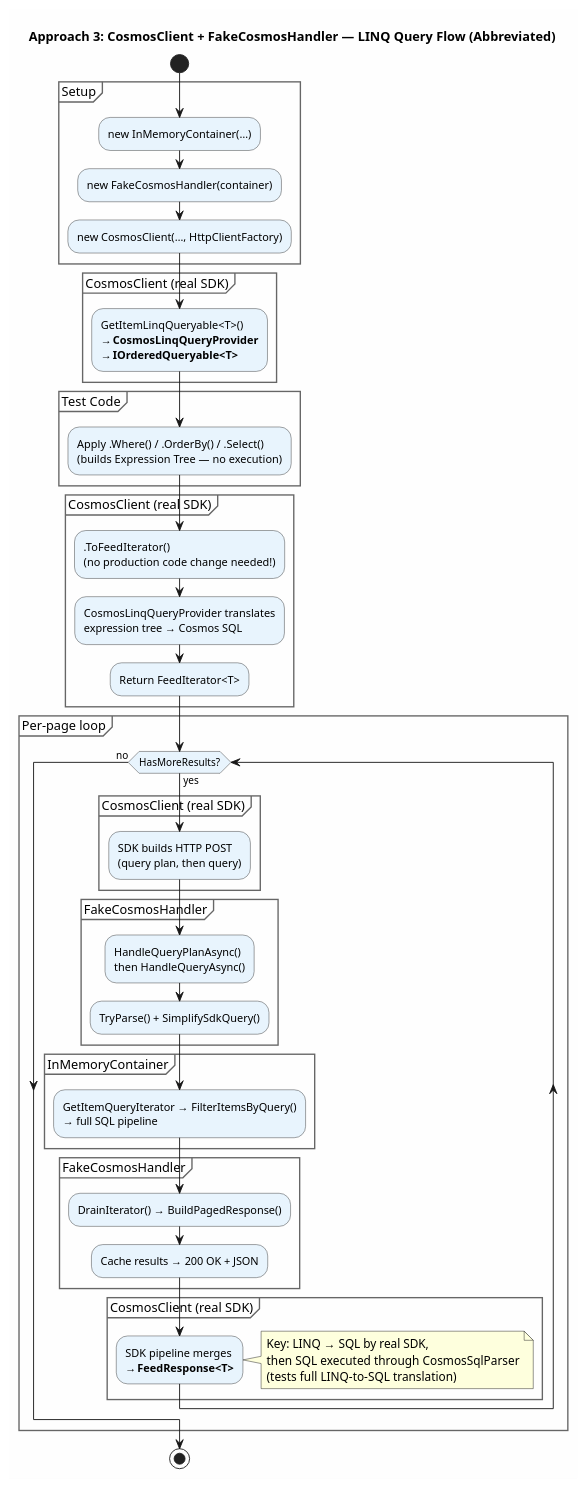
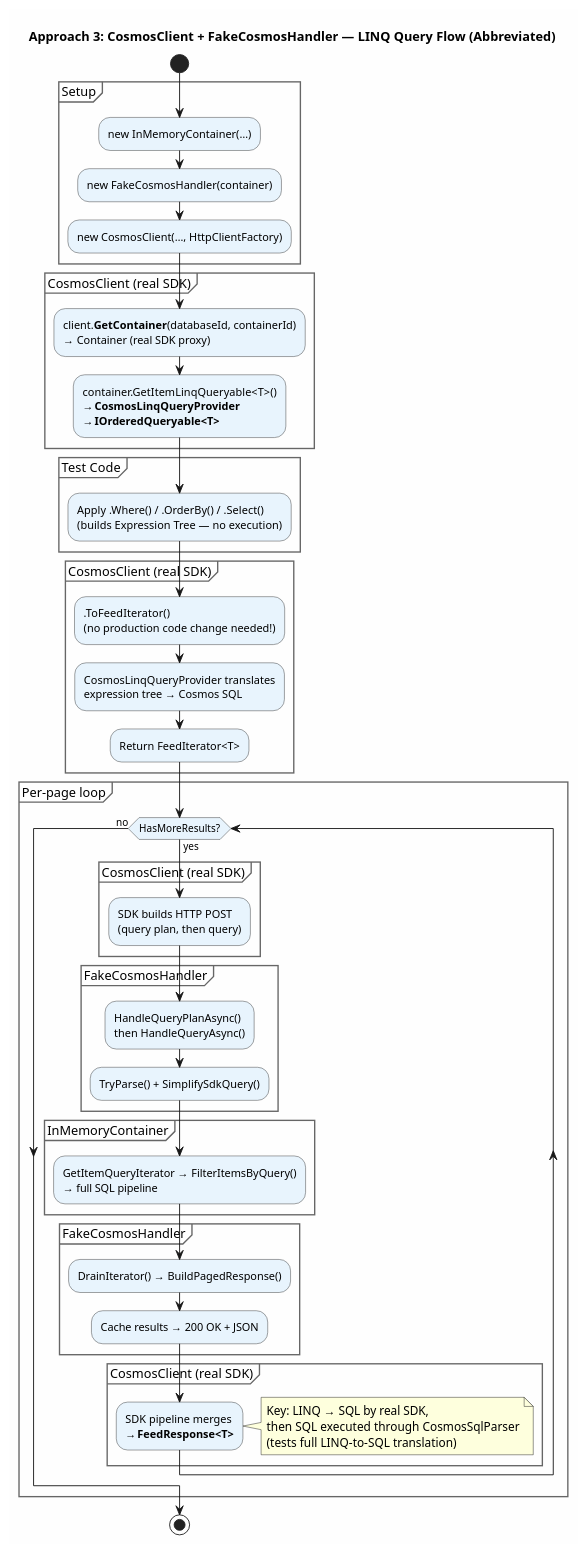
The diagram in plans/diagrams/abbreviated/approach3-linq-activity.puml (lemonlion/CosmosDB.InMemoryEmulator), drawn with PlantUML before and after one commit. The commit also changed 23 other files, not shown here.

```diff
--- a/plans/diagrams/abbreviated/approach3-linq-activity.puml
+++ b/plans/diagrams/abbreviated/approach3-linq-activity.puml
@@ -1,78 +1,80 @@
 @startuml approach3-linq-abbreviated-activity
 title **Approach 3: CosmosClient + FakeCosmosHandler — LINQ Query Flow (Abbreviated)**
 
 skinparam backgroundColor #FEFEFE
 skinparam ActivityBorderColor #333
 skinparam ActivityBackgroundColor #E8F4FD
 skinparam ActivityBackgroundColor<<sdk>> #FFF3E0
 skinparam ActivityBackgroundColor<<handler>> #E8F5E9
 skinparam PartitionBorderColor #666
 
 start
 
 partition "Setup" {
   :new InMemoryContainer(…);
   :new FakeCosmosHandler(container);
   :new CosmosClient(…, HttpClientFactory);
 }
 
 partition "CosmosClient (real SDK)" <<sdk>> {
-  :GetItemLinqQueryable<T>()
+  :client.**GetContainer**(databaseId, containerId)
+  → Container (real SDK proxy);
+  :container.GetItemLinqQueryable<T>()
   → **CosmosLinqQueryProvider**
   → **IOrderedQueryable<T>**;
 }
 
 partition "Test Code" {
   :Apply .Where() / .OrderBy() / .Select()
   (builds Expression Tree — no execution);
 }
 
 partition "CosmosClient (real SDK)" <<sdk>> {
   :.ToFeedIterator()
   (no production code change needed!);
   :CosmosLinqQueryProvider translates
   expression tree → Cosmos SQL;
   :Return FeedIterator<T>;
 }
 
 partition "Per-page loop" {
   while (HasMoreResults?) is (yes)
 
     partition "CosmosClient (real SDK)" <<sdk>> {
       :SDK builds HTTP POST
       (query plan, then query);
     }
 
     partition "FakeCosmosHandler" <<handler>> {
       :HandleQueryPlanAsync()
       then HandleQueryAsync();
       :TryParse() + SimplifySdkQuery();
     }
 
     partition "InMemoryContainer" {
       :GetItemQueryIterator → FilterItemsByQuery()
       → full SQL pipeline;
     }
 
     partition "FakeCosmosHandler" <<handler>> {
       :DrainIterator() → BuildPagedResponse();
       :Cache results → 200 OK + JSON;
     }
 
     partition "CosmosClient (real SDK)" <<sdk>> {
       :SDK pipeline merges
       → **FeedResponse<T>**;
     }
 
   endwhile (no)
 }
 
 note right
   Key: LINQ → SQL by real SDK,
   then SQL executed through CosmosSqlParser
   (tests full LINQ-to-SQL translation)
 end note
 
 stop
 
 @enduml
```
